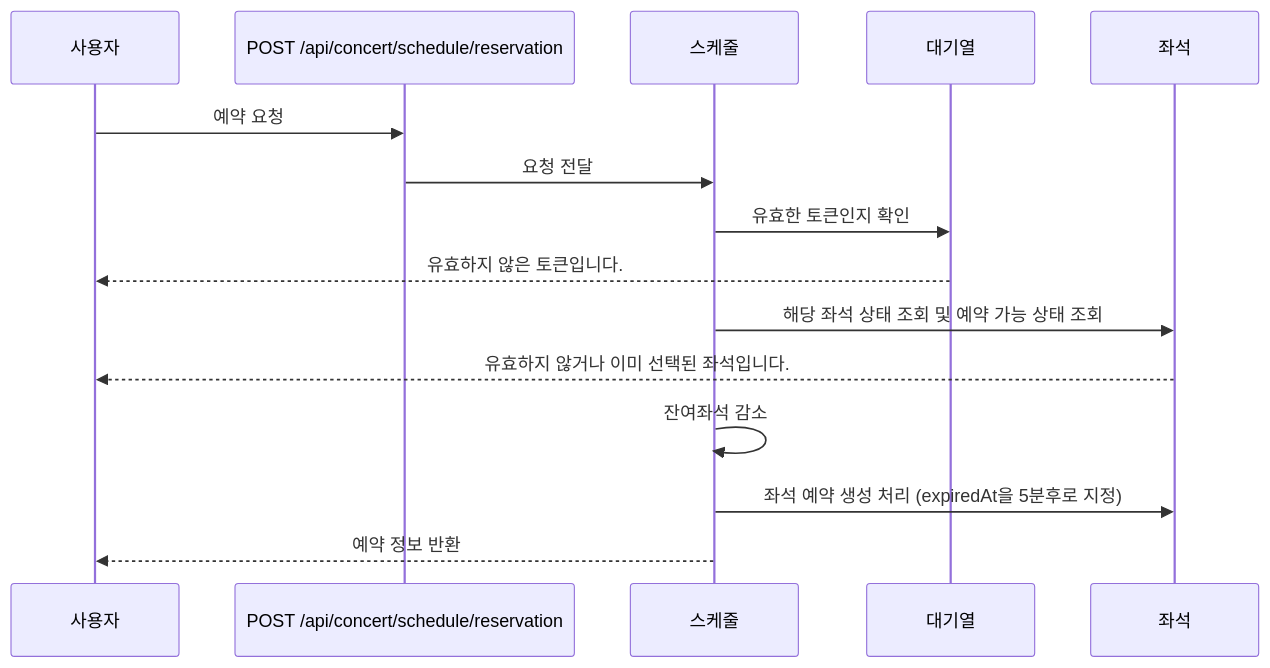
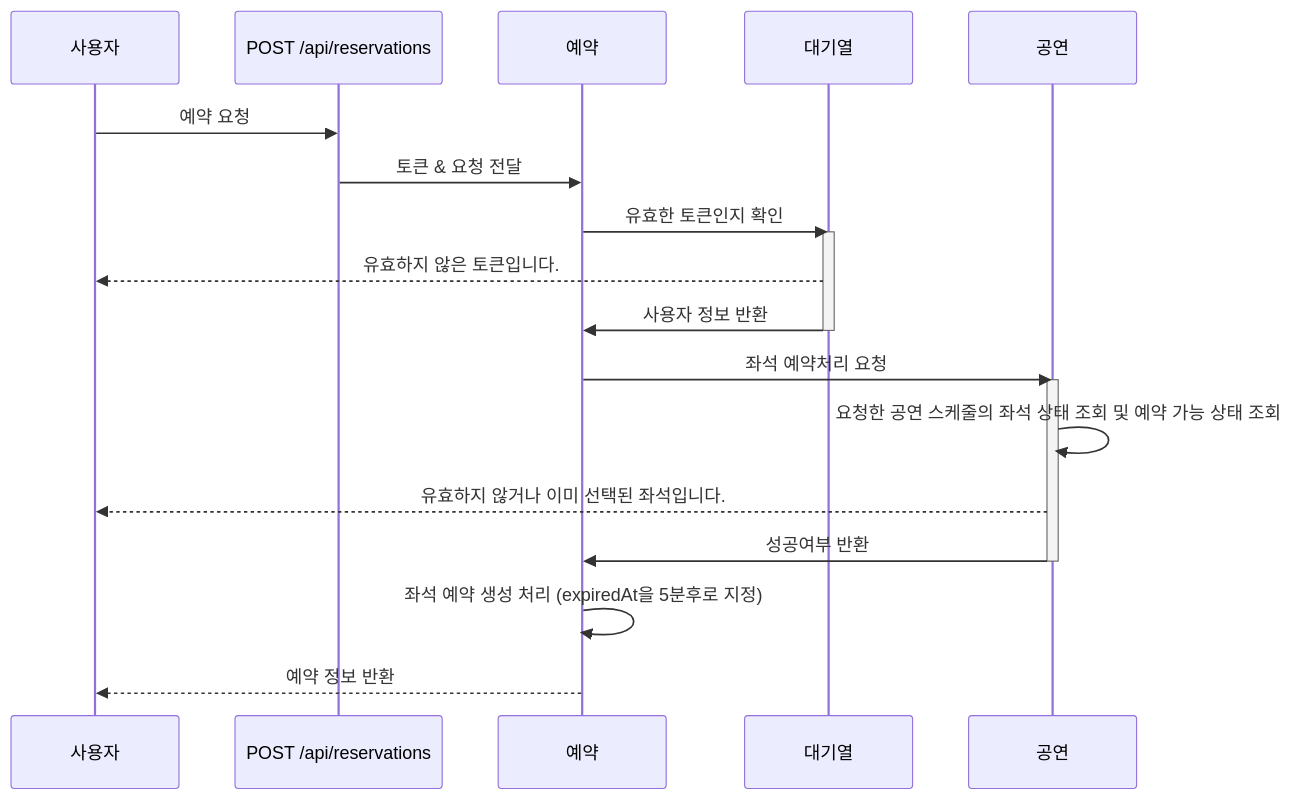
The eighth of 14 diagrams in README.md (Ksanbal/Concert-Reservation-API), drawn with Mermaid before and after one commit. The commit also changed other lines of this file, not shown here.

Commit message:
:books:Docs: 공연, 예약, 결제, 포인트 시퀀스 다이어그램 변경

````diff
--- a/README.md
+++ b/README.md
@@ -148,16 +155,23 @@
 ```mermaid
 sequenceDiagram
 
-사용자 ->> POST /api/concert/schedule/reservation: 예약 요청
-POST /api/concert/schedule/reservation ->> 스케줄: 요청 전달
+사용자 ->> POST /api/reservations: 예약 요청
+POST /api/reservations ->> 예약: 토큰 & 요청 전달
 
-스케줄 ->> 대기열: 유효한 토큰인지 확인
+예약 ->> 대기열: 유효한 토큰인지 확인
+activate 대기열
 대기열 -->> 사용자: 유효하지 않은 토큰입니다.
+대기열 ->> 예약: 사용자 정보 반환
+deactivate 대기열
 
-스케줄 ->> 좌석: 해당 좌석 상태 조회 및 예약 가능 상태 조회
-좌석 -->> 사용자: 유효하지 않거나 이미 선택된 좌석입니다.
 
-스케줄 ->> 스케줄: 잔여좌석 감소
-스케줄 ->> 좌석: 좌석 예약 생성 처리 (expiredAt을 5분후로 지정)
-스케줄 -->> 사용자: 예약 정보 반환
+예약 ->> 공연: 좌석 예약처리 요청
+activate 공연
+공연 ->> 공연: 요청한 공연 스케줄의 좌석 상태 조회 및 예약 가능 상태 조회
+공연 -->> 사용자: 유효하지 않거나 이미 선택된 좌석입니다.
+공연 ->> 예약: 성공여부 반환
+deactivate 공연
+
+예약 ->> 예약: 좌석 예약 생성 처리 (expiredAt을 5분후로 지정)
+예약 -->> 사용자: 예약 정보 반환
 ```
````
